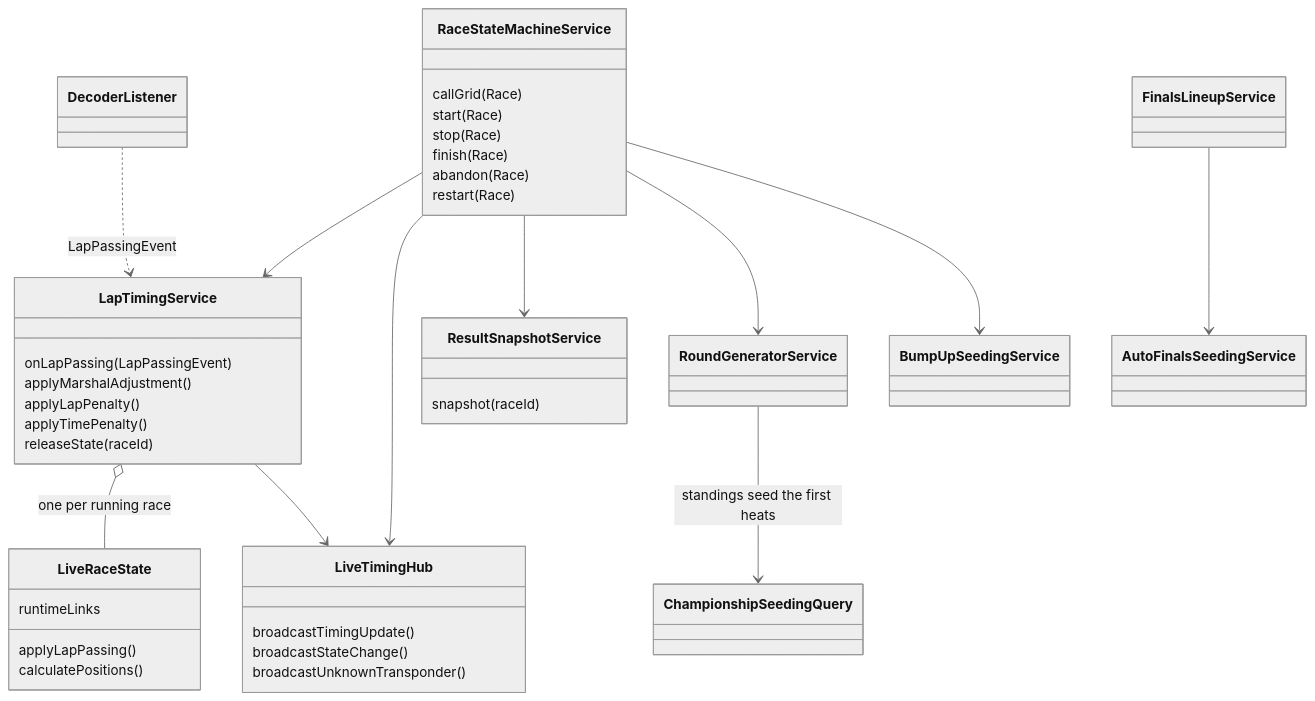
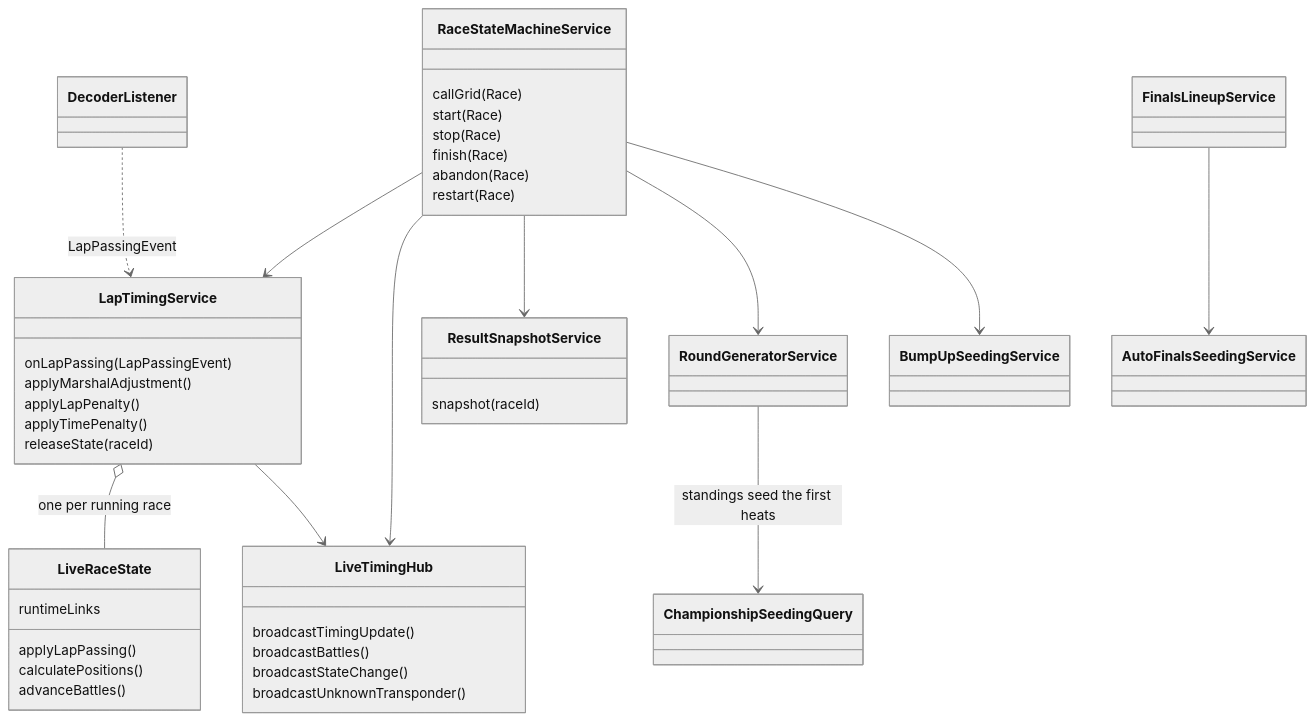
One commit to RCRaceHub/RCTimingControl changed the second of 3 diagrams in docs/developer/domain-model.md. Above: the diagram before and after it, drawn with Mermaid (neutral theme). The commit also changed 33 other files, not shown here.

````diff
--- a/docs/developer/domain-model.md
+++ b/docs/developer/domain-model.md
@@ -109,49 +109,51 @@
 ```mermaid
 classDiagram
     direction TB
     class RaceStateMachineService {
         callGrid(Race)
         start(Race)
         stop(Race)
         finish(Race)
         abandon(Race)
         restart(Race)
     }
     class LapTimingService {
         onLapPassing(LapPassingEvent)
         applyMarshalAdjustment()
         applyLapPenalty()
         applyTimePenalty()
         releaseState(raceId)
     }
     class LiveRaceState {
         applyLapPassing()
         calculatePositions()
+        advanceBattles()
         runtimeLinks
     }
     class LiveTimingHub {
         broadcastTimingUpdate()
+        broadcastBattles()
         broadcastStateChange()
         broadcastUnknownTransponder()
     }
     class ResultSnapshotService {
         snapshot(raceId)
     }
     class RoundGeneratorService
     class ChampionshipSeedingQuery
     class BumpUpSeedingService
     class AutoFinalsSeedingService
     class FinalsLineupService
     class DecoderListener
 
     DecoderListener ..> LapTimingService : LapPassingEvent
     LapTimingService o-- LiveRaceState : one per running race
     LapTimingService --> LiveTimingHub
     RaceStateMachineService --> LapTimingService
     RaceStateMachineService --> LiveTimingHub
     RaceStateMachineService --> ResultSnapshotService
     RaceStateMachineService --> RoundGeneratorService
     RoundGeneratorService --> ChampionshipSeedingQuery : standings seed the first heats
     RaceStateMachineService --> BumpUpSeedingService
     FinalsLineupService --> AutoFinalsSeedingService
 ```
````
